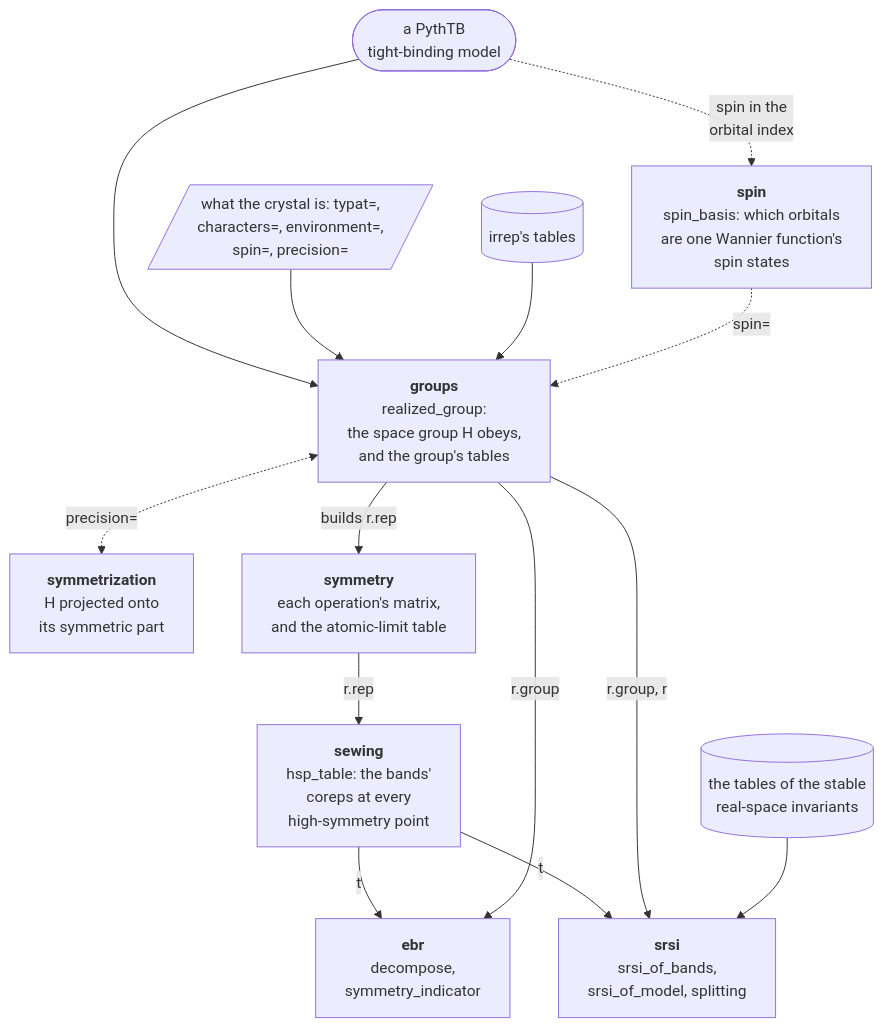
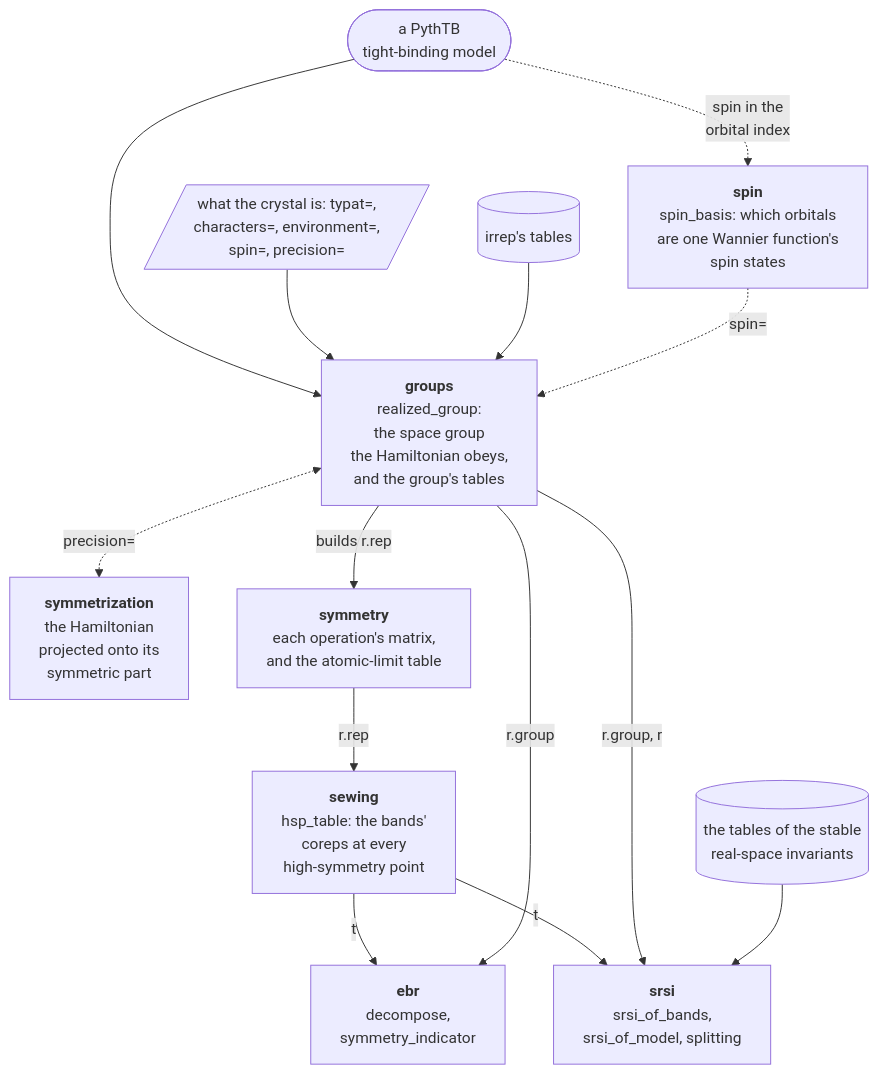
The first of 8 diagrams in docs/background/modules.md (bbradlyn/pythtqc), drawn with Mermaid before and after one commit. The commit also changed other lines of this file, not shown here.

First line of the commit message:
docs: one flowchart for each module, its calls and what they return

````diff
--- a/docs/background/modules.md
+++ b/docs/background/modules.md
@@ -11,28 +11,28 @@
 ```mermaid
 flowchart TD
     model(["a PythTB<br/>tight-binding model"])
     declared[/"what the crystal is: typat=,<br/>characters=, environment=,<br/>spin=, precision="/]
     tables[("irrep's tables")]
     invariants[("the tables of the stable<br/>real-space invariants")]
 
-    groups["<b>groups</b><br/>realized_group:<br/>the space group H obeys,<br/>and the group's tables"]
+    groups["<b>groups</b><br/>realized_group:<br/>the space group<br/>the Hamiltonian obeys,<br/>and the group's tables"]
     spin["<b>spin</b><br/>spin_basis: which orbitals<br/>are one Wannier function's<br/>spin states"]
-    symmetrization["<b>symmetrization</b><br/>H projected onto<br/>its symmetric part"]
+    symmetrization["<b>symmetrization</b><br/>the Hamiltonian<br/>projected onto its<br/>symmetric part"]
     symmetry["<b>symmetry</b><br/>each operation's matrix,<br/>and the atomic-limit table"]
     sewing["<b>sewing</b><br/>hsp_table: the bands'<br/>coreps at every<br/>high-symmetry point"]
     ebr["<b>ebr</b><br/>decompose,<br/>symmetry_indicator"]
     srsi["<b>srsi</b><br/>srsi_of_bands,<br/>srsi_of_model, splitting"]
 
     model --> groups
     declared --> groups
     tables --> groups
     model -. "spin in the<br/>orbital index" .-> spin -. "spin=" .-> groups
     groups <-. "precision=" .-> symmetrization
     groups -- "builds r.rep" --> symmetry
     symmetry -- "r.rep" --> sewing
     sewing -- "t" --> ebr
     sewing -- "t" --> srsi
     groups -- "r.group" --> ebr
     groups -- "r.group, r" --> srsi
     invariants --> srsi
 ```
````
